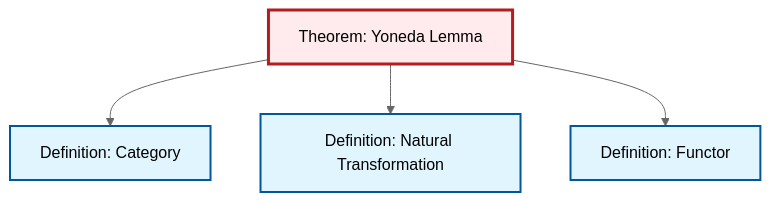
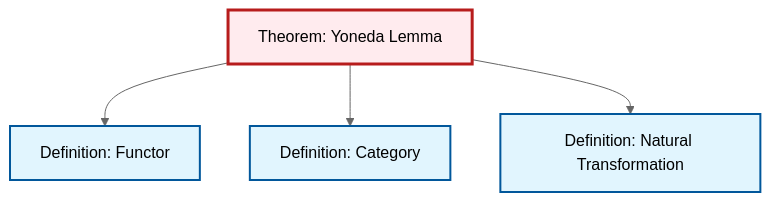
The diagram in output/mermaid/thm-yoneda.mermaid (RK0429/ModernMath), drawn with Mermaid (neutral theme) before and after one commit. The commit also changed other lines of this file and 1198 other files, not shown here.

````diff
--- a/output/mermaid/thm-yoneda.mermaid
+++ b/output/mermaid/thm-yoneda.mermaid
@@ -1,17 +1,17 @@
 ```{mermaid}
 %%| fig-cap: "Local dependency graph"
 graph TD
     classDef definition fill:#e1f5fe,stroke:#01579b,stroke-width:2px
     classDef theorem fill:#f3e5f5,stroke:#4a148c,stroke-width:2px
     classDef axiom fill:#fff3e0,stroke:#e65100,stroke-width:2px
     classDef example fill:#e8f5e9,stroke:#1b5e20,stroke-width:2px
     classDef current fill:#ffebee,stroke:#b71c1c,stroke-width:3px
+    def-natural-transformation["Definition: Natural Transformation"]:::definition
     def-category["Definition: Category"]:::definition
     def-functor["Definition: Functor"]:::definition
     thm-yoneda["Theorem: Yoneda Lemma"]:::theorem
-    def-natural-transformation["Definition: Natural Transformation"]:::definition
+    thm-yoneda --> def-functor
     thm-yoneda --> def-category
     thm-yoneda --> def-natural-transformation
-    thm-yoneda --> def-functor
     class thm-yoneda current
 ```
````
